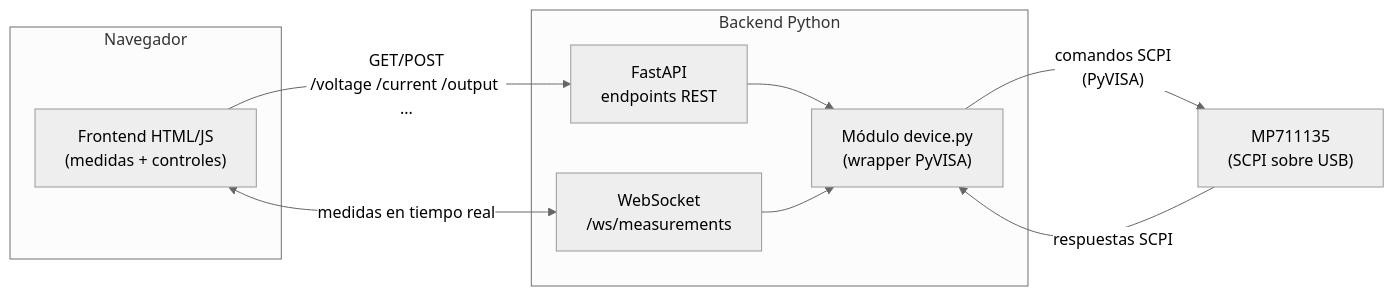
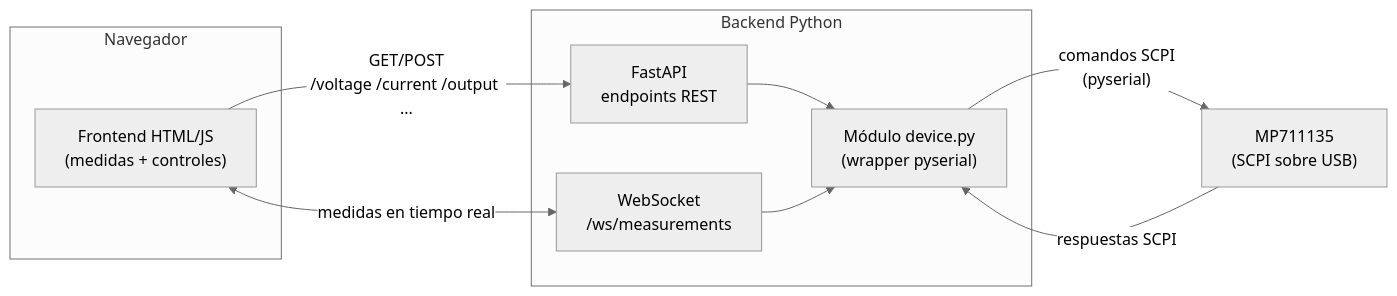
One commit to JMcordobamendez/mp711135-tool changed the diagram in README.md. Above: the diagram before and after it, drawn with Mermaid (neutral theme). The commit also changed other lines of this file and 8 other files, not shown here.

First line of the commit message:
Add PyVISA-less serial backend (FastAPI + pyserial) and update README

````diff
--- a/README.md
+++ b/README.md
@@ -49,21 +49,21 @@
 ```mermaid
 flowchart LR
     subgraph Cliente["Navegador"]
         UI["Frontend HTML/JS\n(medidas + controles)"]
     end
 
     subgraph Servidor["Backend Python"]
         API["FastAPI\nendpoints REST"]
         WS["WebSocket\n/ws/measurements"]
-        DEV["Módulo device.py\n(wrapper PyVISA)"]
+        DEV["Módulo device.py\n(wrapper pyserial)"]
     end
 
     HW["MP711135\n(SCPI sobre USB)"]
 
     UI -- "GET/POST\n/voltage /current /output ..." --> API
     UI <-- "medidas en tiempo real" --> WS
     API --> DEV
     WS --> DEV
-    DEV -- "comandos SCPI\n(PyVISA)" --> HW
+    DEV -- "comandos SCPI\n(pyserial)" --> HW
     HW -- "respuestas SCPI" --> DEV
 ```
````
